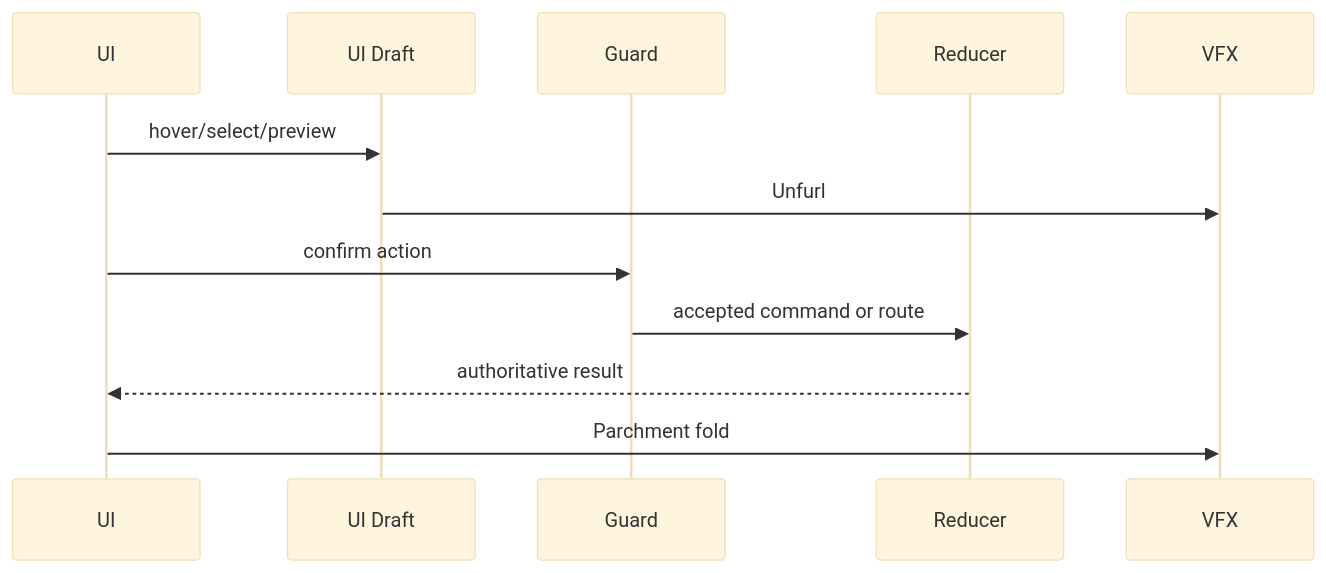
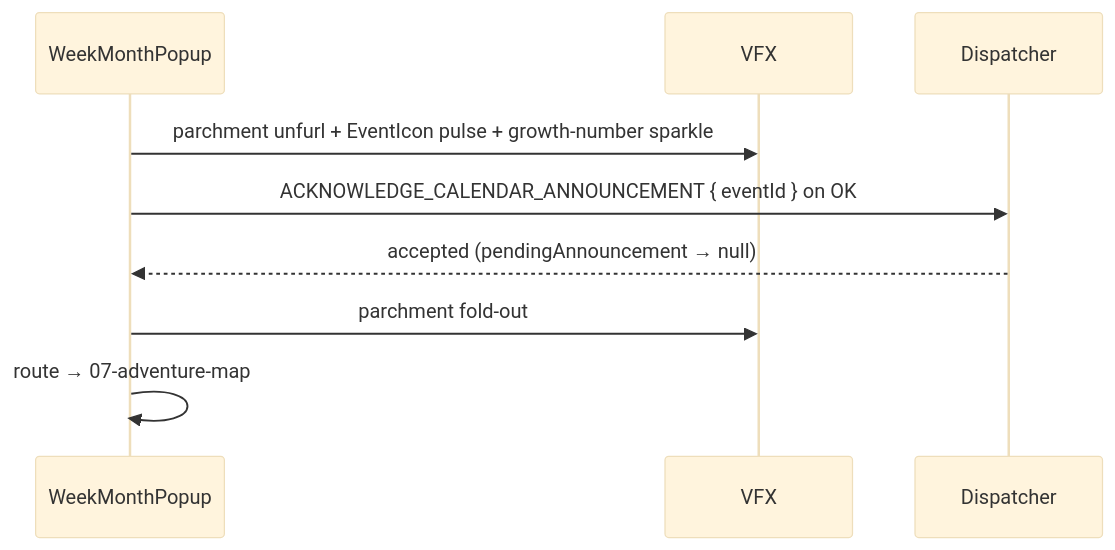
One commit to SunaNoOshiro/Heroes_Reforged_AI_Realms changed the fourth of 5 diagrams in docs/architecture/wiki/screens/58-week-month-popup/architecture.md. Above: the diagram before and after it, drawn with Mermaid (base theme). The commit also changed other lines of this file and 518 other files, not shown here.

First line of the commit message:
Add doc-audit skill and sweep architecture/screen docs

````diff
--- a/docs/architecture/wiki/screens/58-week-month-popup/architecture.md
+++ b/docs/architecture/wiki/screens/58-week-month-popup/architecture.md
@@ -50,14 +57,11 @@
 ```mermaid
 sequenceDiagram
-  participant UI
-  participant Draft as UI Draft
-  participant Guard
-  participant Reducer
+  participant UI as WeekMonthPopup
   participant VFX
-  UI->>Draft: hover/select/preview
-  Draft->>VFX: Unfurl
-  UI->>Guard: confirm action
-  Guard->>Reducer: accepted command or route
-  Reducer-->>UI: authoritative result
-  UI->>VFX: Parchment fold
+  participant Disp as Dispatcher
+  UI->>VFX: parchment unfurl + EventIcon pulse + growth-number sparkle
+  UI->>Disp: ACKNOWLEDGE_CALENDAR_ANNOUNCEMENT { eventId } on OK
+  Disp-->>UI: accepted (pendingAnnouncement → null)
+  UI->>VFX: parchment fold-out
+  UI->>UI: route → 07-adventure-map
 ```
````
